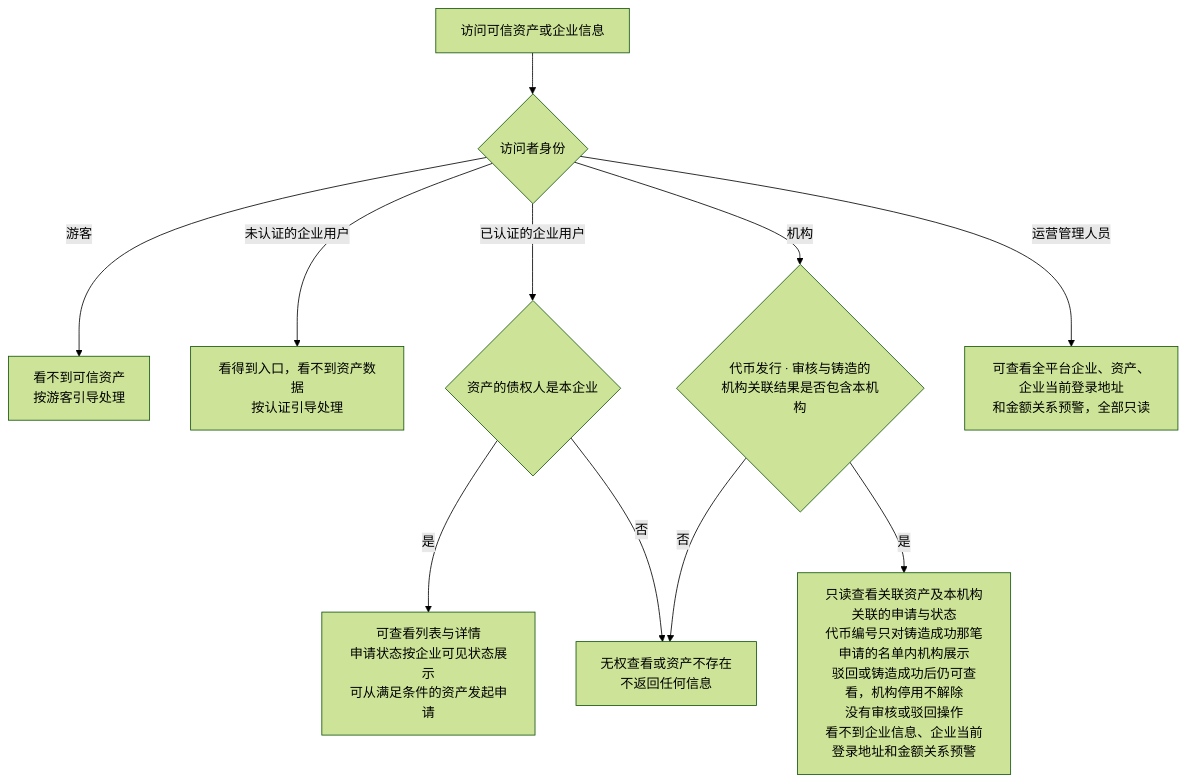
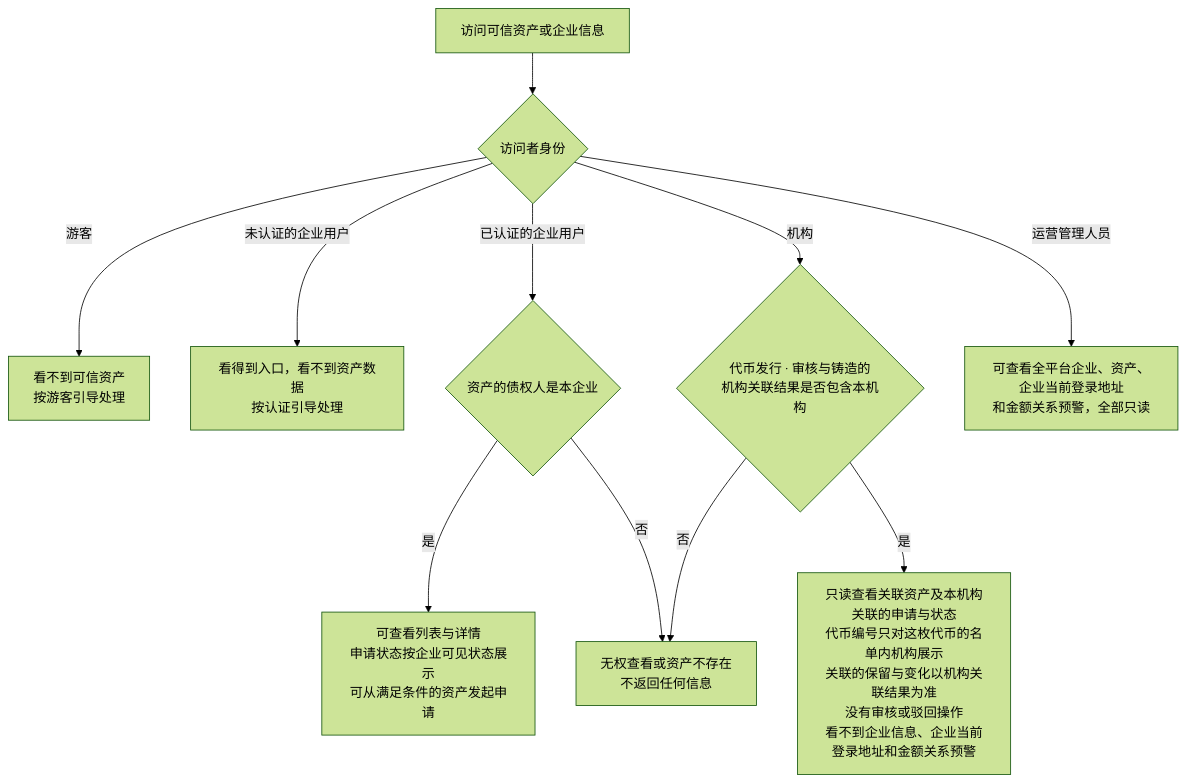
Before and after one commit to wxblockchain/Chain-Financing: the sixth of 6 diagrams in token-issuance-platform/PRD/两端共用/M2-可信资产/02-可信资产-流程图与状态机.md, drawn with Mermaid (forest theme). The commit also changed other lines of this file and 2 other files, not shown here.

````diff
--- a/token-issuance-platform/PRD/两端共用/M2-可信资产/02-可信资产-流程图与状态机.md
+++ b/token-issuance-platform/PRD/两端共用/M2-可信资产/02-可信资产-流程图与状态机.md
@@ -105,13 +108,13 @@
 ```mermaid
 flowchart TD
     A[访问可信资产或企业信息] --> B{访问者身份}
     B -->|游客| G[看不到可信资产<br/>按游客引导处理]
     B -->|未认证的企业用户| U[看得到入口，看不到资产数据<br/>按认证引导处理]
     B -->|已认证的企业用户| C{资产的债权人是本企业}
     C -->|是| C1[可查看列表与详情<br/>申请状态按企业可见状态展示<br/>可从满足条件的资产发起申请]
     C -->|否| N[无权查看或资产不存在<br/>不返回任何信息]
     B -->|机构| D{代币发行 · 审核与铸造的<br/>机构关联结果是否包含本机构}
-    D -->|是| D1[只读查看关联资产及本机构关联的申请与状态<br/>代币编号只对铸造成功那笔申请的名单内机构展示<br/>驳回或铸造成功后仍可查看，机构停用不解除<br/>没有审核或驳回操作<br/>看不到企业信息、企业当前登录地址和金额关系预警]
+    D -->|是| D1[只读查看关联资产及本机构关联的申请与状态<br/>代币编号只对这枚代币的名单内机构展示<br/>关联的保留与变化以机构关联结果为准<br/>没有审核或驳回操作<br/>看不到企业信息、企业当前登录地址和金额关系预警]
     D -->|否| N
     B -->|运营管理人员| E[可查看全平台企业、资产、企业当前登录地址<br/>和金额关系预警，全部只读]
 ```
````
